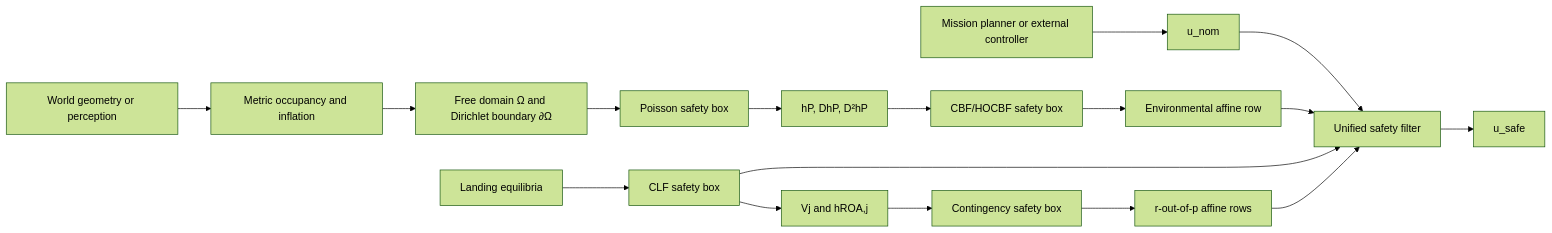
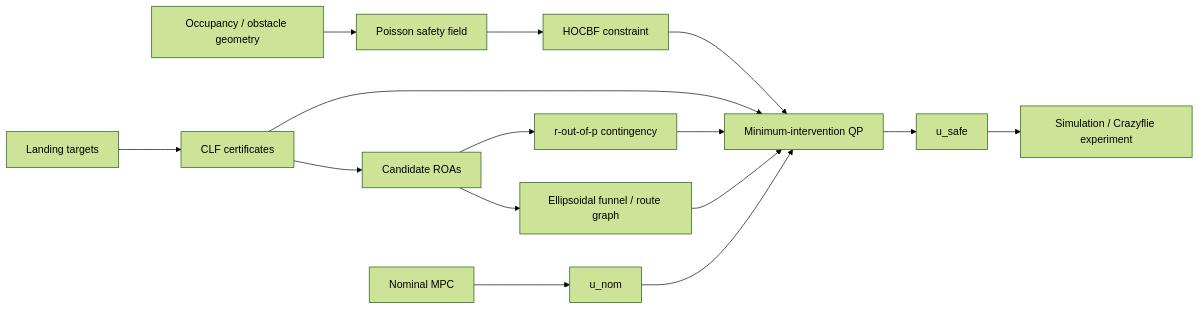
One commit to kosmicplane/Safety-Contingency-Certificates changed the diagram in README.md. Above: the diagram before and after it, drawn with Mermaid (forest theme). The commit also changed other lines of this file, not shown here.

Commit message:
Rebuild README with funnel theory, rigorous math, and structured evidence

````diff
--- a/README.md
+++ b/README.md
@@ -58,21 +30,19 @@
 ```mermaid
 flowchart LR
-    A[World geometry or perception] --> B[Metric occupancy and inflation]
-    B --> C[Free domain Ω and Dirichlet boundary ∂Ω]
-    C --> D[Poisson safety box]
-    D --> E[hP, DhP, D²hP]
+    W[Occupancy / obstacle geometry] --> P[Poisson safety field]
+    P --> H[HOCBF constraint]
 
-    F[Mission planner or external controller] --> G[u_nom]
-    H[Landing equilibria] --> I[CLF safety box]
-    I --> J[Vj and hROA,j]
-    J --> K[Contingency safety box]
-    K --> L[r-out-of-p affine rows]
+    T[Landing targets] --> C[CLF certificates]
+    C --> R[Candidate ROAs]
+    R --> G[Ellipsoidal funnel / route graph]
+    R --> O[r-out-of-p contingency]
 
-    E --> M[CBF/HOCBF safety box]
-    M --> N[Environmental affine row]
-    G --> O[Unified safety filter]
-    N --> O
-    I --> O
-    L --> O
-    O --> P[u_safe]
+    M[Nominal MPC] --> U[u_nom]
+    H --> Q[Minimum-intervention QP]
+    C --> Q
+    O --> Q
+    G --> Q
+    U --> Q
+    Q --> S[u_safe]
+    S --> X[Simulation / Crazyflie experiment]
 ```
````
